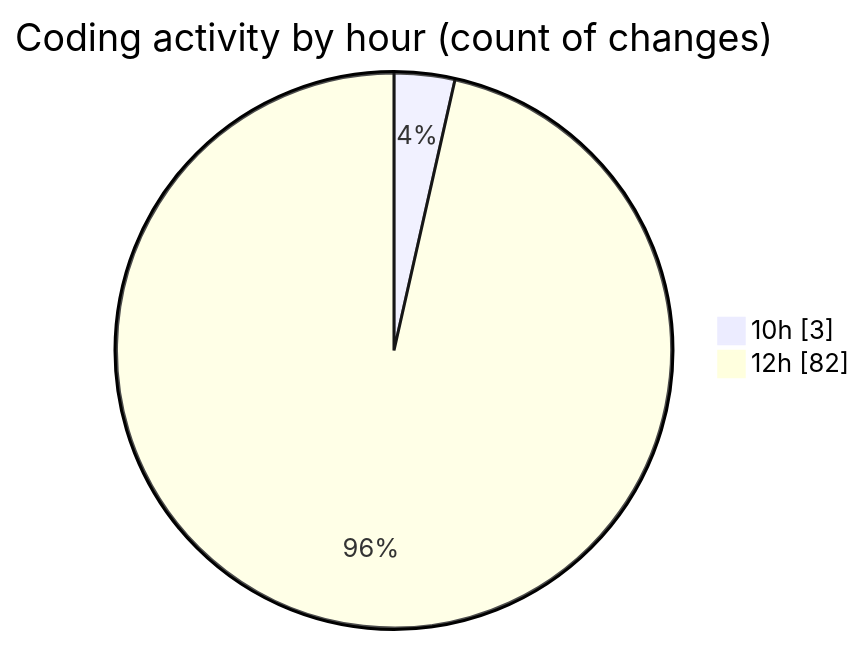
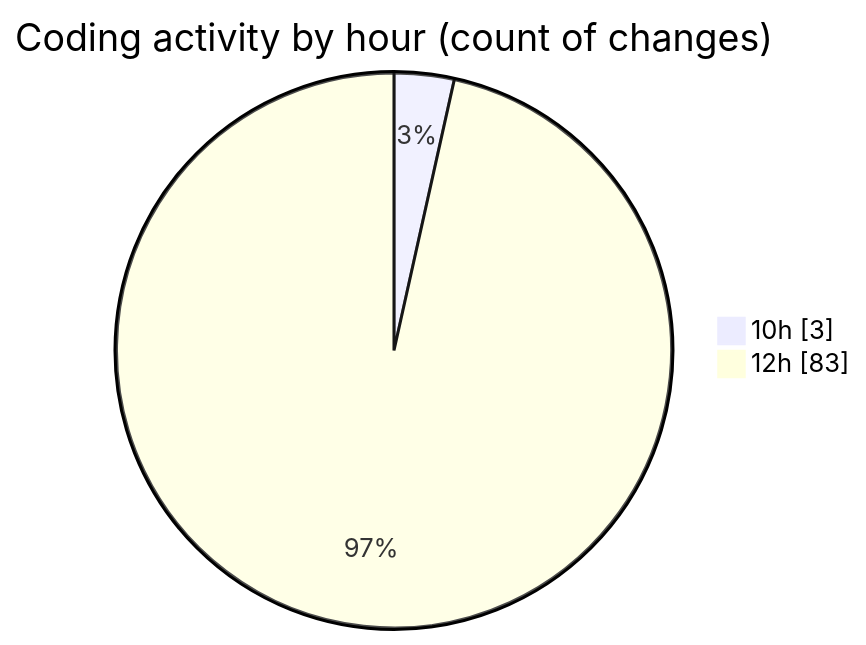
The second of 2 diagrams in 2025-05-27/nxtqube_webapp/README.md (nxtqubesakshisongat/code-tracking), drawn with Mermaid before and after one commit. The commit also changed other lines of this file and 1 other file, not shown here.

````diff
--- a/2025-05-27/nxtqube_webapp/README.md
+++ b/2025-05-27/nxtqube_webapp/README.md
@@ -30,6 +30,6 @@
 ```mermaid
 pie showData
 title Coding activity by hour (count of changes)
 "10h" : 3
-"12h" : 82
+"12h" : 83
 ```
````
